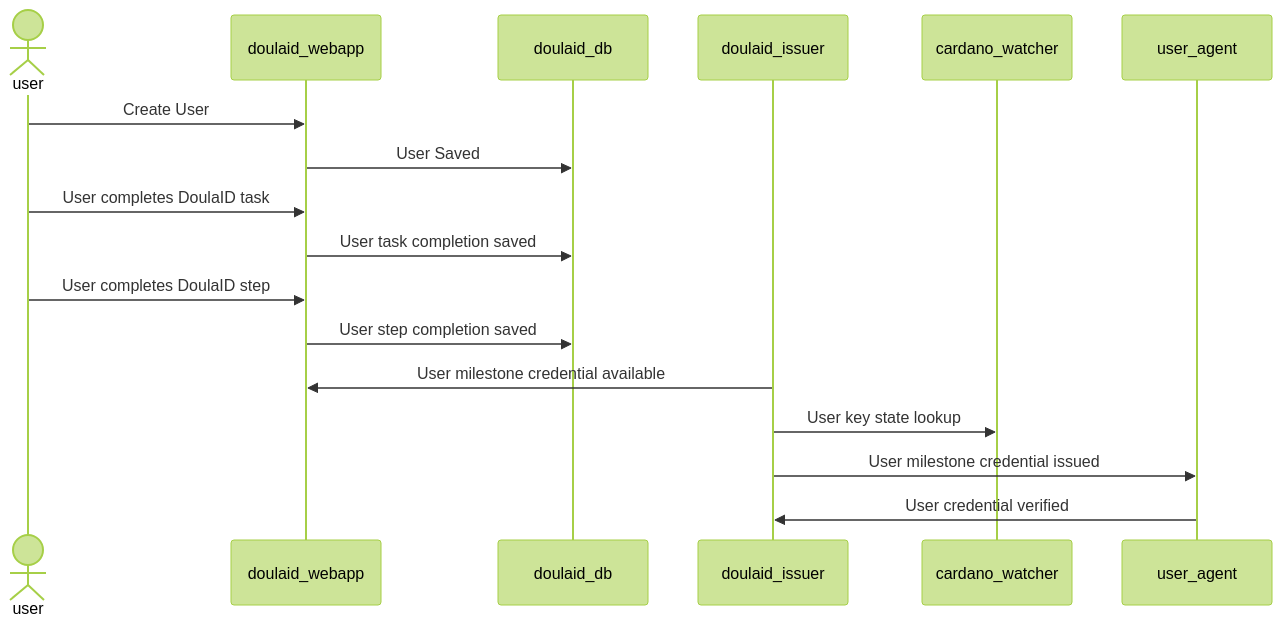
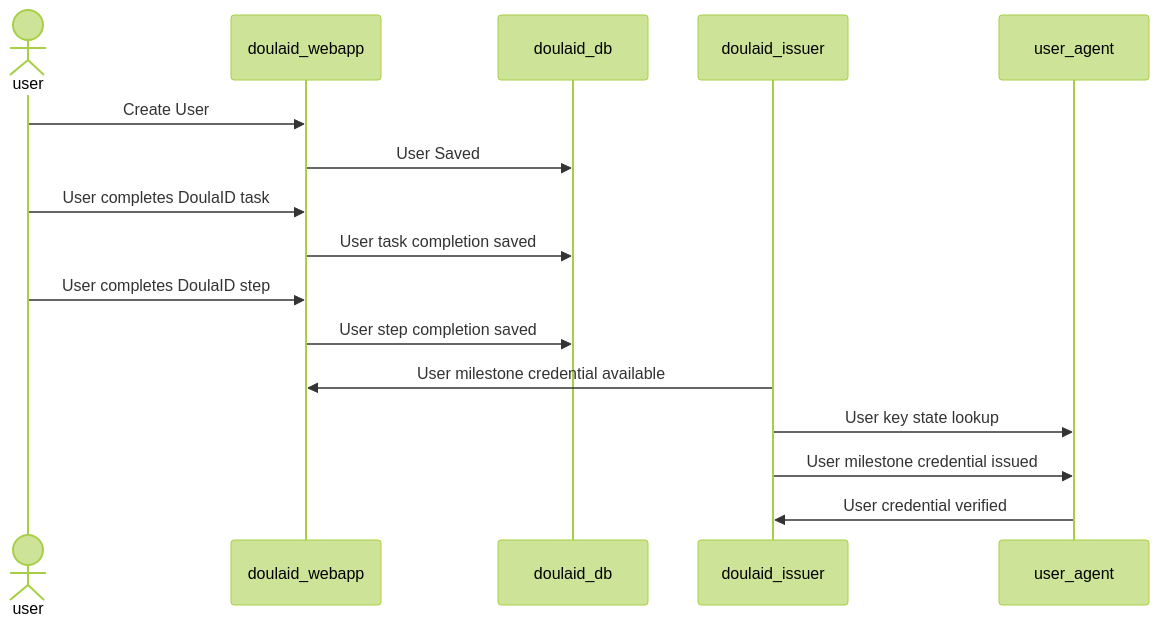
Before and after one commit to roots-id/DoulaID: the diagram in DESIGN.md, drawn with Mermaid (forest theme).

````diff
--- a/DESIGN.md
+++ b/DESIGN.md
@@ -11,14 +11,14 @@
 ```mermaid
 sequenceDiagram
 actor user
 user->>doulaid_webapp: Create User
 doulaid_webapp->>doulaid_db: User Saved
 user->>doulaid_webapp: User completes DoulaID task
 doulaid_webapp->>doulaid_db: User task completion saved
 user->>doulaid_webapp: User completes DoulaID step
 doulaid_webapp->>doulaid_db: User step completion saved
 doulaid_issuer->>doulaid_webapp: User milestone credential available
-doulaid_issuer->>cardano_watcher: User key state lookup
+doulaid_issuer->>user_agent: User key state lookup
 doulaid_issuer->>user_agent: User milestone credential issued
 user_agent->>doulaid_issuer: User credential verified
 ```
````
